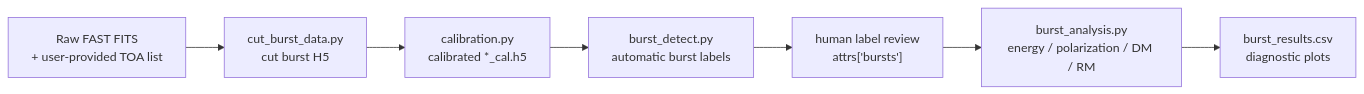
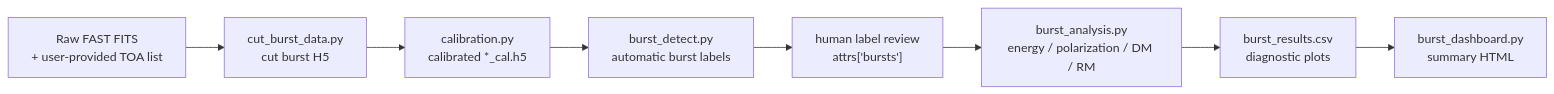
The diagram in README.md (SukiYume/AFTER), drawn with Mermaid before and after one commit. The commit also changed other lines of this file and 4 other files, not shown here.

````diff
--- a/README.md
+++ b/README.md
@@ -40,9 +41,10 @@
 ```mermaid
 flowchart LR
     A["Raw FAST FITS<br/>+ user-provided TOA list"] --> B["cut_burst_data.py<br/>cut burst H5"]
     B --> C["calibration.py<br/>calibrated *_cal.h5"]
     C --> D["burst_detect.py<br/>automatic burst labels"]
     D --> E["human label review<br/>attrs['bursts']"]
     E --> F["burst_analysis.py<br/>energy / polarization / DM / RM"]
     F --> G["burst_results.csv<br/>diagnostic plots"]
+    G --> H["burst_dashboard.py<br/>summary HTML"]
 ```
````
